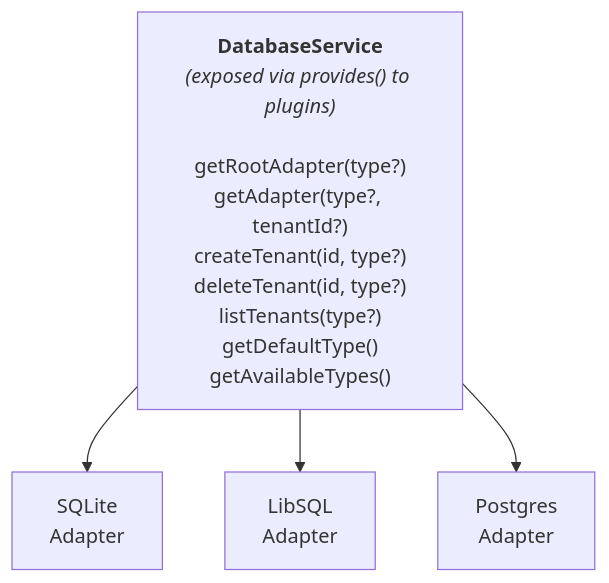
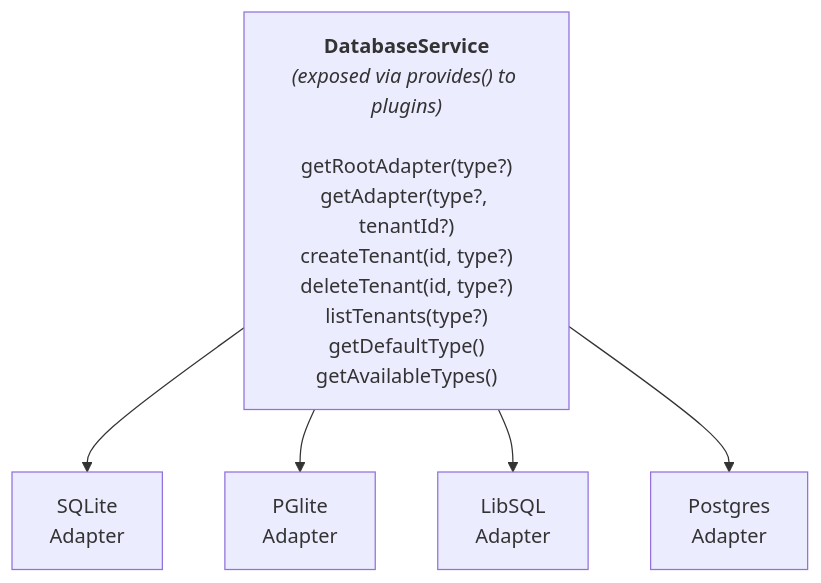
The diagram in plugins/plugin-database/README.md (zommehq/buntime), drawn with Mermaid before and after one commit. The commit also changed other lines of this file and 159 other files, not shown here.

First line of the commit message:
feat: add vault app, plugin-migrations, and PGlite adapter for plugin-database

````diff
--- a/plugins/plugin-database/README.md
+++ b/plugins/plugin-database/README.md
@@ -36,7 +36,8 @@
 ```mermaid
 graph TD
     DS["<b>DatabaseService</b><br/><i>(exposed via provides() to plugins)</i><br/><br/>getRootAdapter(type?)<br/>getAdapter(type?, tenantId?)<br/>createTenant(id, type?)<br/>deleteTenant(id, type?)<br/>listTenants(type?)<br/>getDefaultType()<br/>getAvailableTypes()"]
     DS --> SQLite["SQLite<br/>Adapter"]
+    DS --> Pglite["PGlite<br/>Adapter"]
     DS --> LibSQL["LibSQL<br/>Adapter"]
     DS --> Postgres["Postgres<br/>Adapter"]
 ```
````
